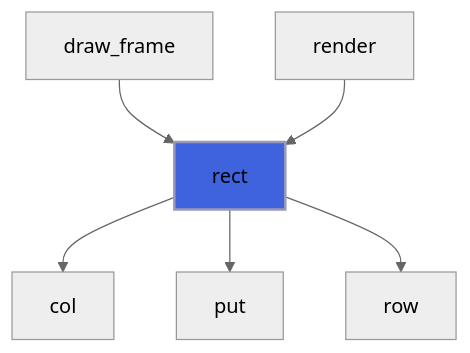
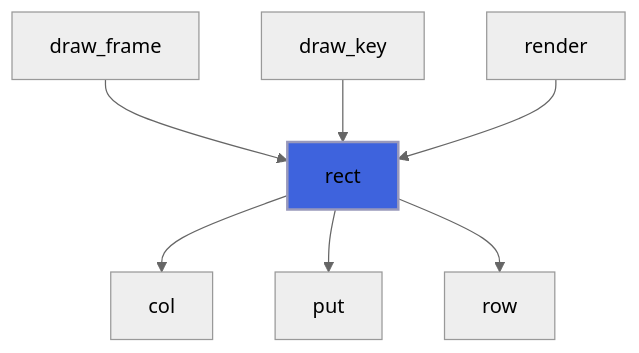
One commit to szaghi/foresight changed the ninth of 24 diagrams in docs/api/src/lib/foresight_backend_dumb.md. Above: the diagram before and after it, drawn with Mermaid (neutral theme). The commit also changed other lines of this file and 42 other files, not shown here.

````diff
--- a/docs/api/src/lib/foresight_backend_dumb.md
+++ b/docs/api/src/lib/foresight_backend_dumb.md
@@ -296,9 +296,10 @@
 ```mermaid
 flowchart TD
   draw_frame["draw_frame"] --> rect["rect"]
+  draw_key["draw_key"] --> rect["rect"]
   render["render"] --> rect["rect"]
   rect["rect"] --> col["col"]
   rect["rect"] --> put["put"]
   rect["rect"] --> row["row"]
   style rect fill:#3e63dd,stroke:#99b,stroke-width:2px
 ```
````
